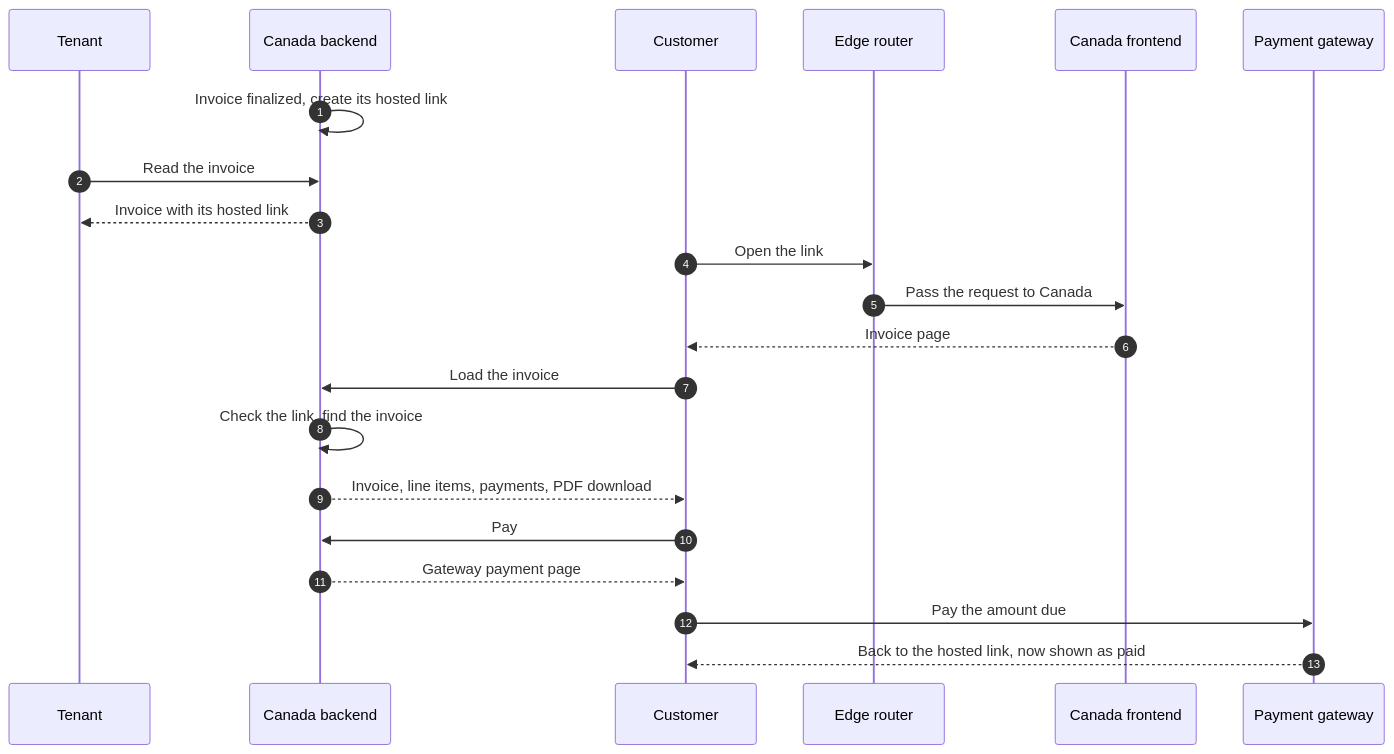
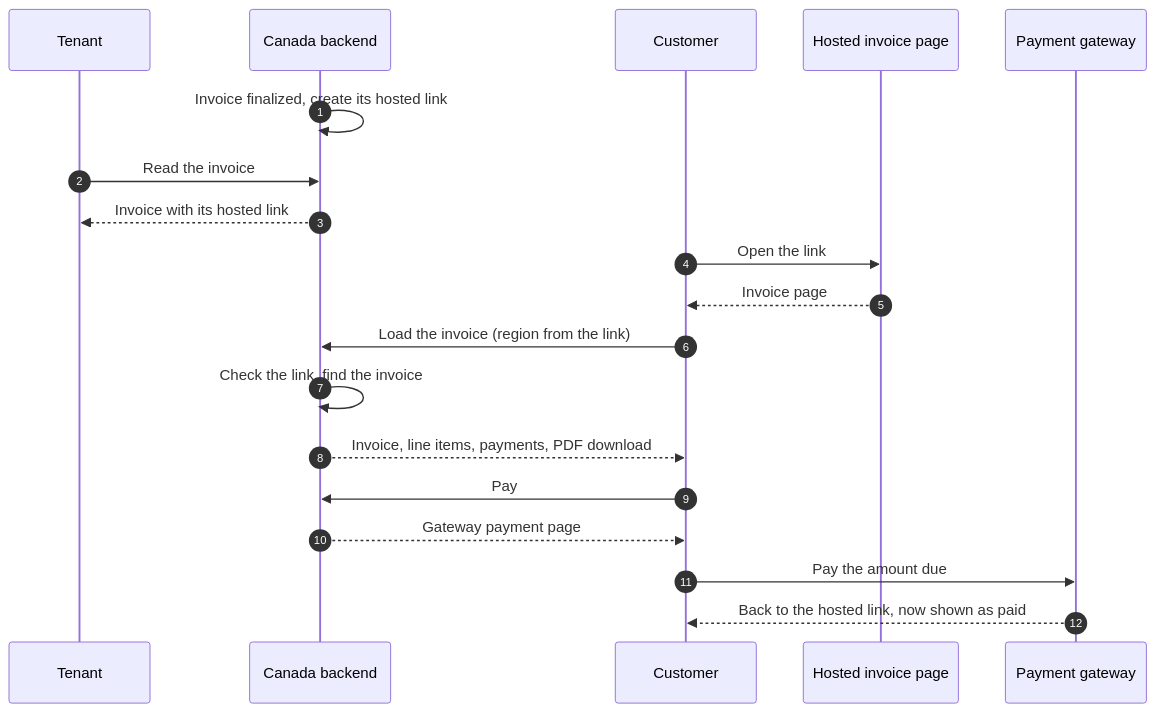
Before and after one commit to flexprice/flexprice: the second of 5 diagrams in docs/design/2026-10-14-hosted-invoice-erd.md, drawn with Mermaid. The commit also changed other lines of this file and 1 other file, not shown here.

First line of the commit message:
docs: hosted invoice page is a standalone app; drop backfill and token redaction

````diff
--- a/docs/design/2026-10-14-hosted-invoice-erd.md
+++ b/docs/design/2026-10-14-hosted-invoice-erd.md
@@ -215,24 +195,22 @@
 ```mermaid
 sequenceDiagram
   autonumber
   participant T as Tenant
   participant CB as Canada backend
   participant Cu as Customer
-  participant E as Edge router
-  participant CF as Canada frontend
+  participant P as Hosted invoice page
   participant G as Payment gateway
 
   CB->>CB: Invoice finalized, create its hosted link
   T->>CB: Read the invoice
   CB-->>T: Invoice with its hosted link
-  Cu->>E: Open the link
-  E->>CF: Pass the request to Canada
-  CF-->>Cu: Invoice page
-  Cu->>CB: Load the invoice
+  Cu->>P: Open the link
+  P-->>Cu: Invoice page
+  Cu->>CB: Load the invoice (region from the link)
   CB->>CB: Check the link, find the invoice
   CB-->>Cu: Invoice, line items, payments, PDF download
   Cu->>CB: Pay
   CB-->>Cu: Gateway payment page
   Cu->>G: Pay the amount due
   G-->>Cu: Back to the hosted link, now shown as paid
 ```
````
